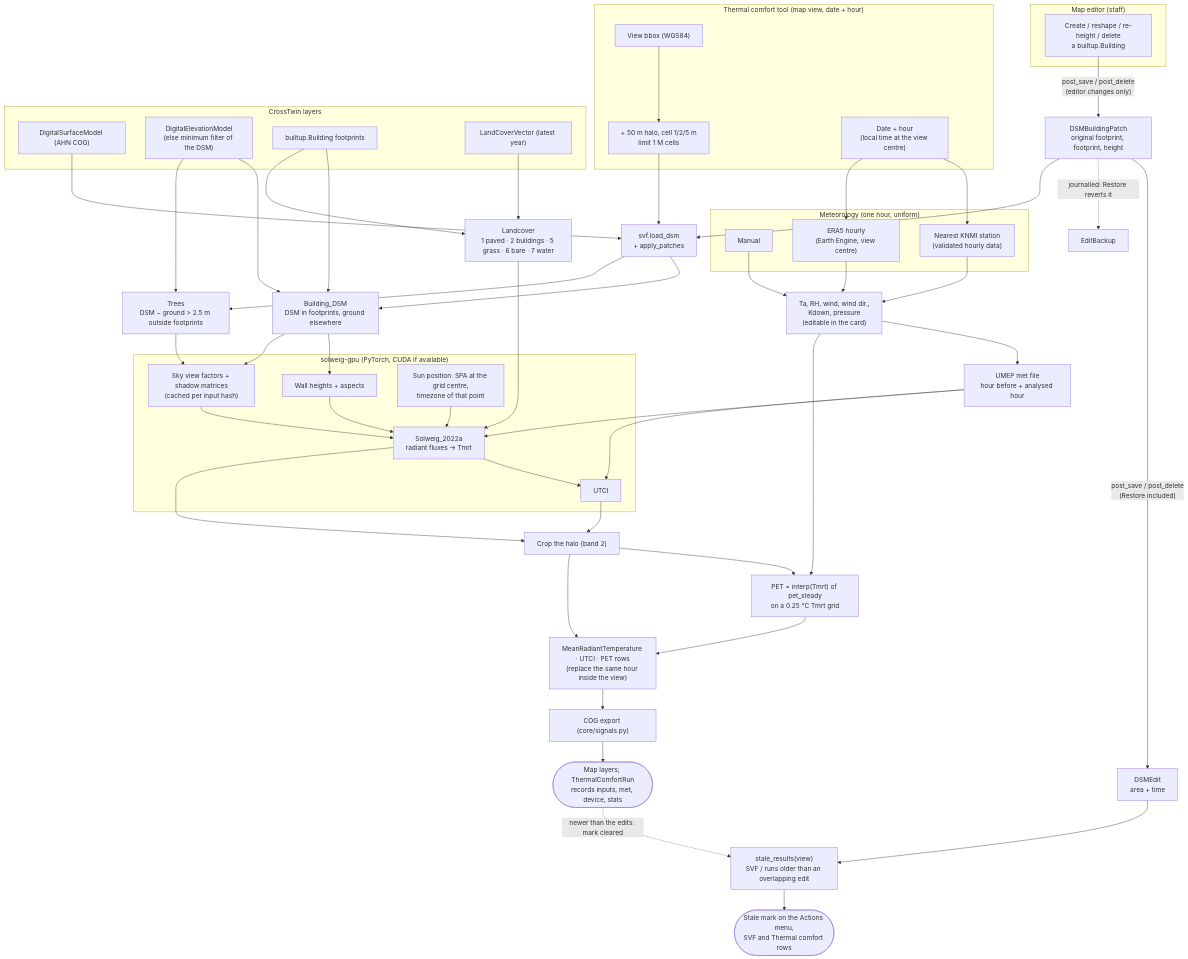
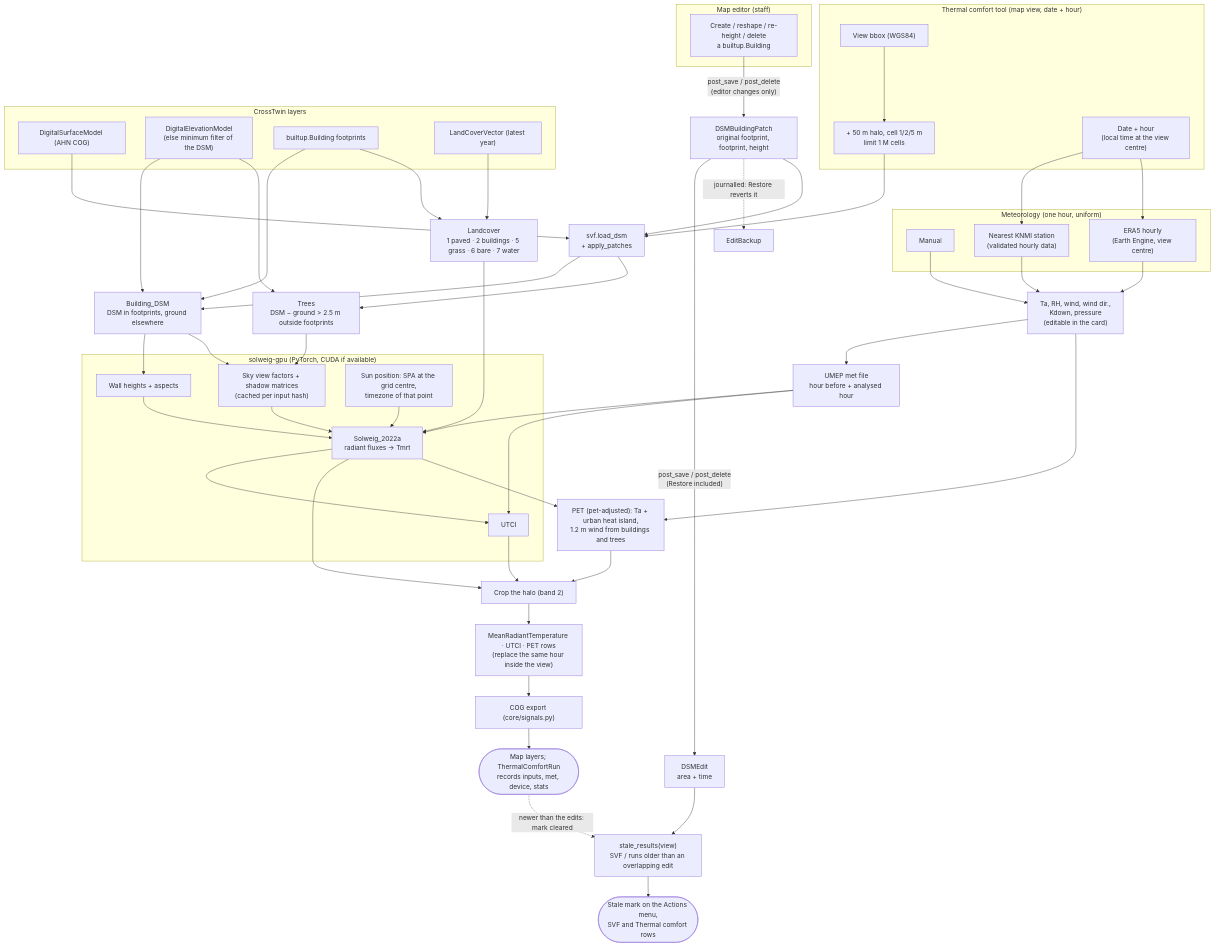
Before and after one commit to ivan-cardenas/CrossTwin: the diagram in docs/THERMAL_COMFORT.md, drawn with Mermaid. The commit also changed other lines of this file and 43 other files, not shown here.

````diff
--- a/docs/THERMAL_COMFORT.md
+++ b/docs/THERMAL_COMFORT.md
@@ -33,74 +33,74 @@
 ```mermaid
 flowchart TD
     subgraph EDIT["Map editor (staff)"]
         B1["Create / reshape / re-height / delete<br/>a builtup.Building"]
     end
     B1 -- "post_save / post_delete<br/>(editor changes only)" --> P1["DSMBuildingPatch<br/>original footprint, footprint, height"]
     P1 -- "post_save / post_delete<br/>(Restore included)" --> E1["DSMEdit<br/>area + time"]
     P1 -. "journalled: Restore reverts it" .-> R1["EditBackup"]
     E1 --> S1["stale_results(view)<br/>SVF / runs older than an overlapping edit"]
     S1 --> M1(["Stale mark on the Actions menu,<br/>SVF and Thermal comfort rows"])
 
     subgraph VIEW["Thermal comfort tool (map view, date + hour)"]
         V1["View bbox (WGS84)"] --> V2["+ 50 m halo, cell 1/2/5 m<br/>limit 1 M cells"]
         V3["Date + hour<br/>(local time at the view centre)"]
     end
 
     subgraph LAYERS["CrossTwin layers"]
         L1["DigitalSurfaceModel (AHN COG)"]
         L2["DigitalElevationModel<br/>(else minimum filter of the DSM)"]
         L3["builtup.Building footprints"]
         L4["LandCoverVector (latest year)"]
     end
 
     V2 --> I0
     L1 --> I0["svf.load_dsm<br/>+ apply_patches"]
     P1 --> I0
     I0 --> I1["Building_DSM<br/>DSM in footprints, ground elsewhere"]
     L2 --> I1
     L3 --> I1
     I0 --> I2["Trees<br/>DSM − ground > 2.5 m outside footprints"]
     L2 --> I2
     L4 --> I3["Landcover<br/>1 paved · 2 buildings · 5 grass · 6 bare · 7 water"]
     L3 --> I3
 
     subgraph MET["Meteorology (one hour, uniform)"]
         W1["Manual"]
         W2["Nearest KNMI station<br/>(validated hourly data)"]
         W3["ERA5 hourly<br/>(Earth Engine, view centre)"]
     end
     V3 --> W2
     V3 --> W3
     W1 --> W4["Ta, RH, wind, wind dir.,<br/>Kdown, pressure<br/>(editable in the card)"]
     W2 --> W4
     W3 --> W4
     W4 --> W5["UMEP met file<br/>hour before + analysed hour"]
 
     subgraph SOL["solweig-gpu (PyTorch, CUDA if available)"]
         G1["Wall heights + aspects"]
         G2["Sky view factors + shadow matrices<br/>(cached per input hash)"]
         G3["Sun position: SPA at the grid centre,<br/>timezone of that point"]
         G4["Solweig_2022a<br/>radiant fluxes → Tmrt"]
         G5["UTCI"]
     end
     I1 --> G1
     I1 --> G2
     I2 --> G2
     I3 --> G4
     G1 --> G4
     G2 --> G4
     G3 --> G4
     W5 --> G4
     G4 --> G5
     W5 --> G5
 
     G4 --> C1["Crop the halo (band 2)"]
     G5 --> C1
-    C1 --> PET["PET = interp(Tmrt) of pet_steady<br/>on a 0.25 °C Tmrt grid"]
+    G4 --> PET["PET (pet-adjusted): Ta + urban heat island,<br/>1.2 m wind from buildings and trees"]
     W4 --> PET
-    C1 --> O1
-    PET --> O1["MeanRadiantTemperature · UTCI · PET rows<br/>(replace the same hour inside the view)"]
+    PET --> C1
+    C1 --> O1["MeanRadiantTemperature · UTCI · PET rows<br/>(replace the same hour inside the view)"]
     O1 --> O2["COG export (core/signals.py)"]
     O2 --> O3(["Map layers; ThermalComfortRun<br/>records inputs, met, device, stats"])
     O3 -. "newer than the edits: mark cleared" .-> S1
 ```
````
